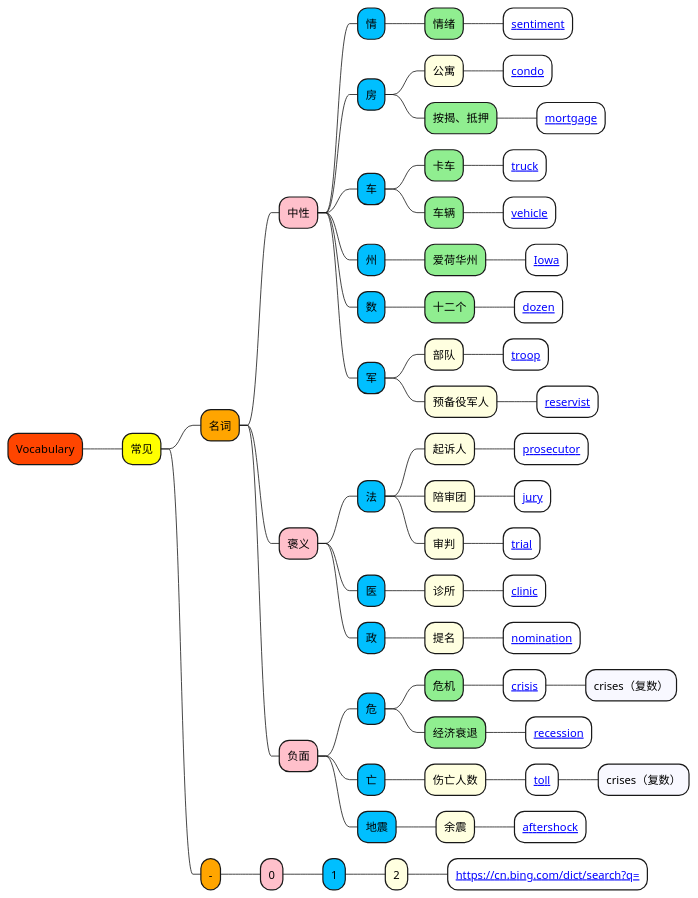
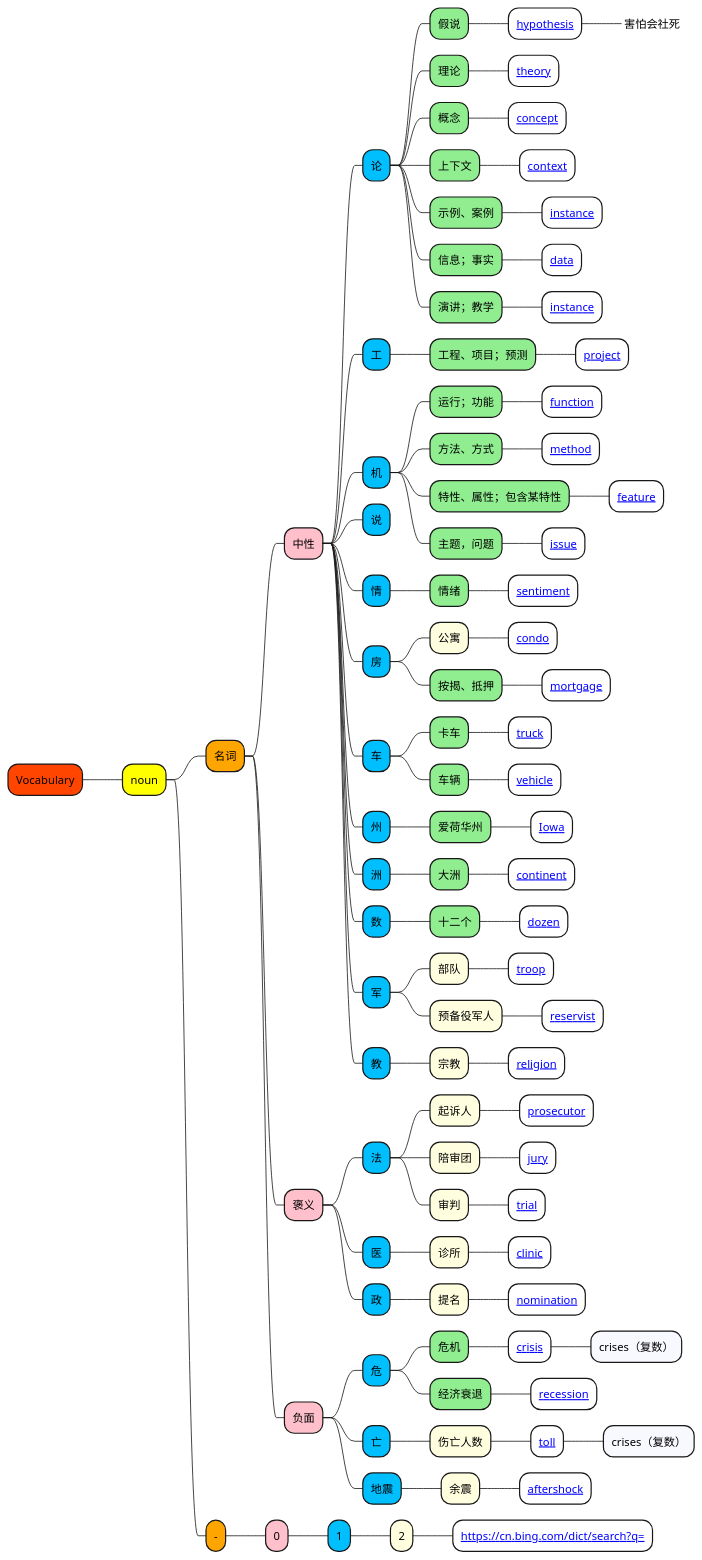
Before and after one commit to doveg/self-cultivation-of-a-lifelong-learner: the diagram in English/Vocabulary/名词.puml, drawn with PlantUML. The commit also changed 9 other files, not shown here.

```diff
--- a/English/Vocabulary/名词.puml
+++ b/English/Vocabulary/名词.puml
@@ -1,132 +1,193 @@
 @startmindmap
 
 +[#OrangeRed] Vocabulary
 
-++[#yellow] 常见
+++[#yellow] noun
 
 +++[#Orange] 名词
 
 ++++[#Pink] 中性
+
++++++[#DeepSkyBlue] 论
+
+++++++[#LightGreen] 假说
++++++++[#White] [[https://cn.bing.com/dict/search?q=hypothesis hypothesis]]
+++++++++[#Aquamarine]_ 害怕会社死
+
+++++++[#LightGreen] 理论
++++++++[#White] [[https://cn.bing.com/dict/search?q=theory theory]]
+
+++++++[#LightGreen] 概念
++++++++[#White] [[https://cn.bing.com/dict/search?q=concept concept]]
+
+++++++[#LightGreen] 上下文
++++++++[#White] [[https://cn.bing.com/dict/search?q=context context]]
+
+++++++[#LightGreen] 示例、案例
++++++++[#White] [[https://cn.bing.com/dict/search?q=instance instance]]
+
+++++++[#LightGreen] 信息；事实
++++++++[#White] [[https://cn.bing.com/dict/search?q=data data]]
+
+++++++[#LightGreen] 演讲；教学
++++++++[#White] [[https://cn.bing.com/dict/search?q=instance instance]]
+
+
++++++[#DeepSkyBlue] 工
+
+++++++[#LightGreen] 工程、项目；预测
++++++++[#White] [[https://cn.bing.com/dict/search?q=project project]]
+
+
+
++++++[#DeepSkyBlue] 机
+
+++++++[#LightGreen] 运行；功能
++++++++[#White] [[https://cn.bing.com/dict/search?q=function function]]
+
+++++++[#LightGreen] 方法、方式
++++++++[#White] [[https://cn.bing.com/dict/search?q=method method]]
+
+++++++[#LightGreen] 特性、属性；包含某特性
++++++++[#White] [[https://cn.bing.com/dict/search?q=feature feature]]
+
+++++++[#LightGreen] 主题，问题
++++++++[#White] [[https://cn.bing.com/dict/search?q=issue issue]]
+
+
+
++++++[#DeepSkyBlue] 说
+
+
 
 +++++[#DeepSkyBlue] 情
 
 ++++++[#LightGreen] 情绪
 +++++++[#White] [[https://cn.bing.com/dict/search?q=sentiment sentiment]]
 
 +++++[#DeepSkyBlue] 房
 
 ++++++[#LightYellow] 公寓
 +++++++[#White] [[https://cn.bing.com/dict/search?q=condo condo]]
 
 ++++++[#LightGreen] 按揭、抵押
 +++++++[#White] [[https://cn.bing.com/dict/search?q=mortgage mortgage]]
 
 +++++[#DeepSkyBlue] 车
 
 ++++++[#LightGreen] 卡车
 +++++++[#White] [[https://cn.bing.com/dict/search?q=truck truck]]
 
 ++++++[#LightGreen] 车辆
 +++++++[#White] [[https://cn.bing.com/dict/search?q=vehicle vehicle]]
 
 
 +++++[#DeepSkyBlue] 州
 
 ++++++[#LightGreen] 爱荷华州
 +++++++[#White] [[https://cn.bing.com/dict/search?q=Iowa Iowa]]
 
 
++++++[#DeepSkyBlue] 洲
+
+++++++[#LightGreen] 大洲
++++++++[#White] [[https://cn.bing.com/dict/search?q=continent continent]]
+
 
 +++++[#DeepSkyBlue] 数
 
 ++++++[#LightGreen] 十二个
 +++++++[#White] [[https://cn.bing.com/dict/search?q=dozen dozen]]
+
 
 +++++[#DeepSkyBlue] 军
 
 ++++++[#LightYellow] 部队
 +++++++[#White] [[https://cn.bing.com/dict/search?q=troop troop]]
 
 
 ++++++[#LightYellow] 预备役军人
 +++++++[#White] [[https://cn.bing.com/dict/search?q=reservist reservist]]
 
 
++++++[#DeepSkyBlue] 教
 
+++++++[#LightYellow] 宗教
++++++++[#White] [[https://cn.bing.com/dict/search?q=religion religion]]
 
 
 
 
 ++++[#Pink] 褒义
 
 +++++[#DeepSkyBlue] 法
 
 ++++++[#LightYellow] 起诉人
 +++++++[#White] [[https://cn.bing.com/dict/search?q=prosecutor prosecutor]]
 
 ++++++[#LightYellow] 陪审团
 +++++++[#White] [[https://cn.bing.com/dict/search?q=jury jury]]
 
 ++++++[#LightYellow] 审判
 +++++++[#White] [[https://cn.bing.com/dict/search?q=trial trial]]
 
 
 +++++[#DeepSkyBlue] 医
 
 ++++++[#LightYellow] 诊所
 +++++++[#White] [[https://cn.bing.com/dict/search?q=clinic clinic]]
 
 
 +++++[#DeepSkyBlue] 政
 
 ++++++[#LightYellow] 提名
 +++++++[#White] [[https://cn.bing.com/dict/search?q=nomination nomination]]
 
 
 
 
 
 
 
 ++++[#Pink] 负面
 
 +++++[#DeepSkyBlue] 危
 
 ++++++[#LightGreen] 危机
 +++++++[#White] [[https://cn.bing.com/dict/search?q=crisis crisis]]
 ++++++++[#GhostWhite] crises（复数）
 
 ++++++[#LightGreen] 经济衰退
 +++++++[#White] [[https://cn.bing.com/dict/search?q=recession recession]]
 
 
 +++++[#DeepSkyBlue] 亡
 
 ++++++[#LightYellow] 伤亡人数
 +++++++[#White] [[https://cn.bing.com/dict/search?q=toll toll]]
 ++++++++[#GhostWhite] crises（复数）
 
 
 +++++[#DeepSkyBlue] 地震
 
 ++++++[#LightYellow] 余震
 +++++++[#White] [[https://cn.bing.com/dict/search?q=aftershock aftershock]]
 
 
 
 
 
 
 
 +++[#Orange] -
 
 ++++[#Pink] 0
 
 +++++[#DeepSkyBlue] 1
 
 ++++++[#LightYellow] 2
 +++++++[#White] [[https://cn.bing.com/dict/search?q= ]]
 
 
 
 @endmindmap
```
